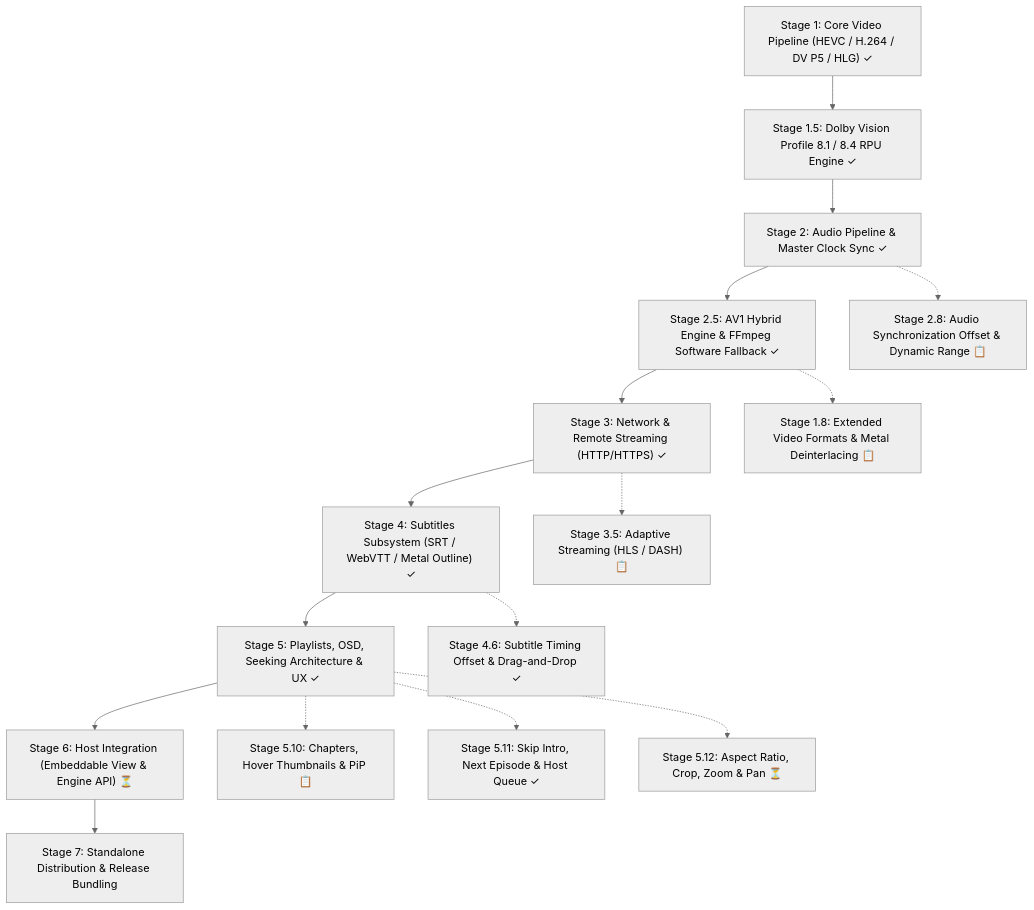
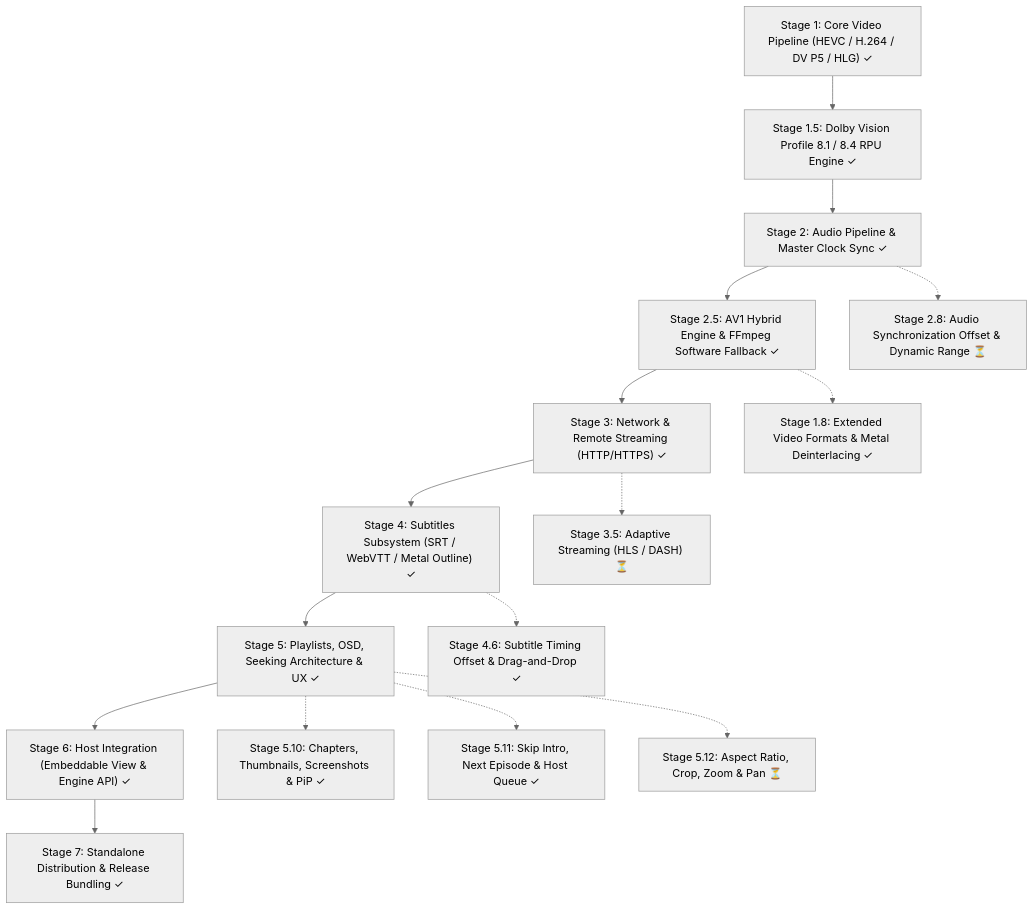
One commit to ghotriw/nits changed the diagram in docs/ROADMAP.md. Above: the diagram before and after it, drawn with Mermaid (neutral theme). The commit also changed other lines of this file and 1 other file, not shown here.

Commit message:
docs: list features in the README, bring roadmap statuses up to date

````diff
--- a/docs/ROADMAP.md
+++ b/docs/ROADMAP.md
@@ -24,19 +24,19 @@
 ```mermaid
 flowchart TD
     M1["Stage 1: Core Video Pipeline (HEVC / H.264 / DV P5 / HLG) ✓"] --> M15["Stage 1.5: Dolby Vision Profile 8.1 / 8.4 RPU Engine ✓"]
     M15 --> M2["Stage 2: Audio Pipeline & Master Clock Sync ✓"]
     M2 --> M25["Stage 2.5: AV1 Hybrid Engine & FFmpeg Software Fallback ✓"]
     M25 --> M3["Stage 3: Network & Remote Streaming (HTTP/HTTPS) ✓"]
     M3 --> M4["Stage 4: Subtitles Subsystem (SRT / WebVTT / Metal Outline) ✓"]
     M4 --> M5["Stage 5: Playlists, OSD, Seeking Architecture & UX ✓"]
-    M5 --> M6["Stage 6: Host Integration (Embeddable View & Engine API) ⏳"]
-    M6 --> M7["Stage 7: Standalone Distribution & Release Bundling"]
+    M5 --> M6["Stage 6: Host Integration (Embeddable View & Engine API) ✓"]
+    M6 --> M7["Stage 7: Standalone Distribution & Release Bundling ✓"]
     
-    M25 -.-> M1X["Stage 1.8: Extended Video Formats & Metal Deinterlacing 📋"]
-    M2 -.-> M2X["Stage 2.8: Audio Synchronization Offset & Dynamic Range 📋"]
-    M3 -.-> M3X["Stage 3.5: Adaptive Streaming (HLS / DASH) 📋"]
+    M25 -.-> M1X["Stage 1.8: Extended Video Formats & Metal Deinterlacing ✓"]
+    M2 -.-> M2X["Stage 2.8: Audio Synchronization Offset & Dynamic Range ⏳"]
+    M3 -.-> M3X["Stage 3.5: Adaptive Streaming (HLS / DASH) ⏳"]
     M4 -.-> M4X["Stage 4.6: Subtitle Timing Offset & Drag-and-Drop ✓"]
-    M5 -.-> M5X["Stage 5.10: Chapters, Hover Thumbnails & PiP 📋"]
+    M5 -.-> M5X["Stage 5.10: Chapters, Thumbnails, Screenshots & PiP ✓"]
     M5 -.-> M5Y["Stage 5.11: Skip Intro, Next Episode & Host Queue ✓"]
     M5 -.-> M5Z["Stage 5.12: Aspect Ratio, Crop, Zoom & Pan ⏳"]
 ```
````
